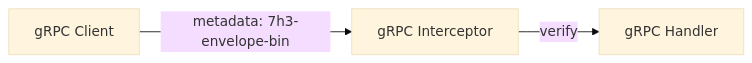
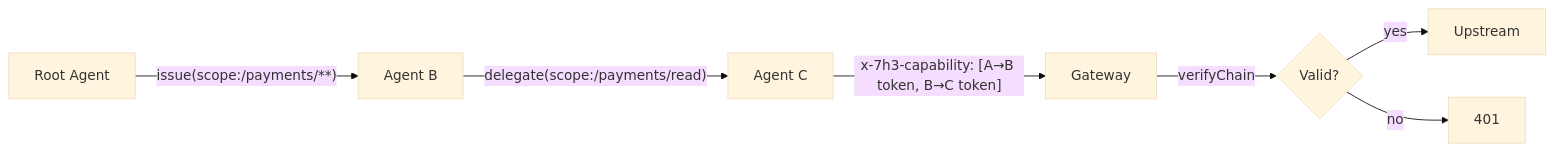
Before and after one commit to IceMasterT/7h3-protocol: the fifth of 8 diagrams in README.md, drawn with Mermaid (base theme). The commit also changed other lines of this file, not shown here.

````diff
--- a/README.md
+++ b/README.md
@@ -253,5 +813,9 @@
 ```mermaid
 flowchart LR
-    A[gRPC Client] -->|metadata: 7h3-envelope-bin| B[gRPC Interceptor]
-    B -->|verify| C[gRPC Handler]
+    A[Root Agent] -->|"issue(scope:/payments/**)"|B[Agent B]
+    B -->|"delegate(scope:/payments/read)"| C[Agent C]
+    C -->|"x-7h3-capability: [A→B token, B→C token]"| D[Gateway]
+    D -->|"verifyChain"| E{Valid?}
+    E -->|yes| F[Upstream]
+    E -->|no| G[401]
 ```
````
